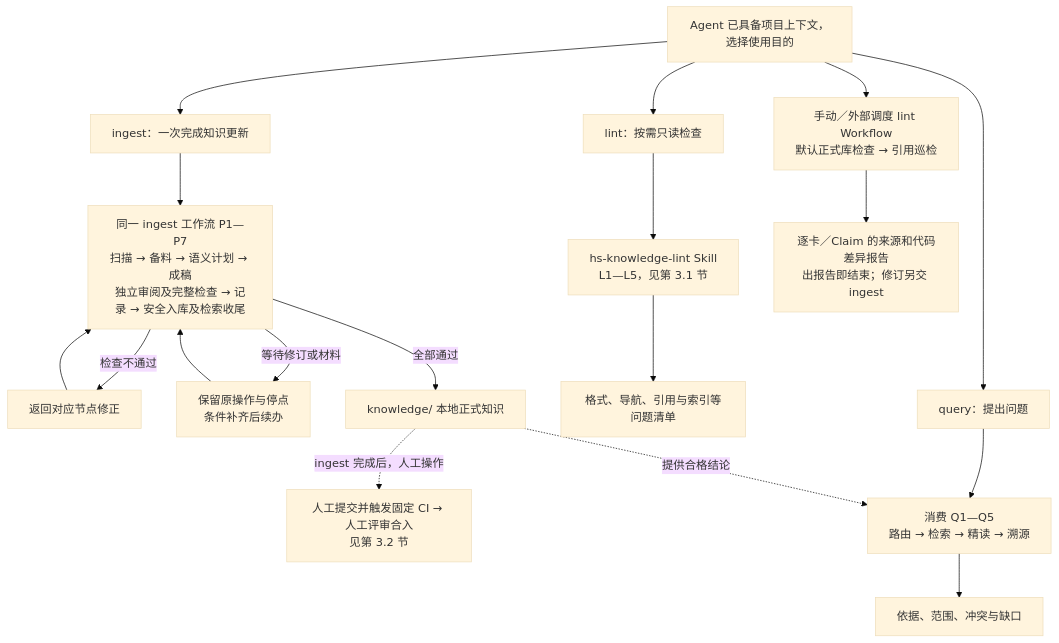
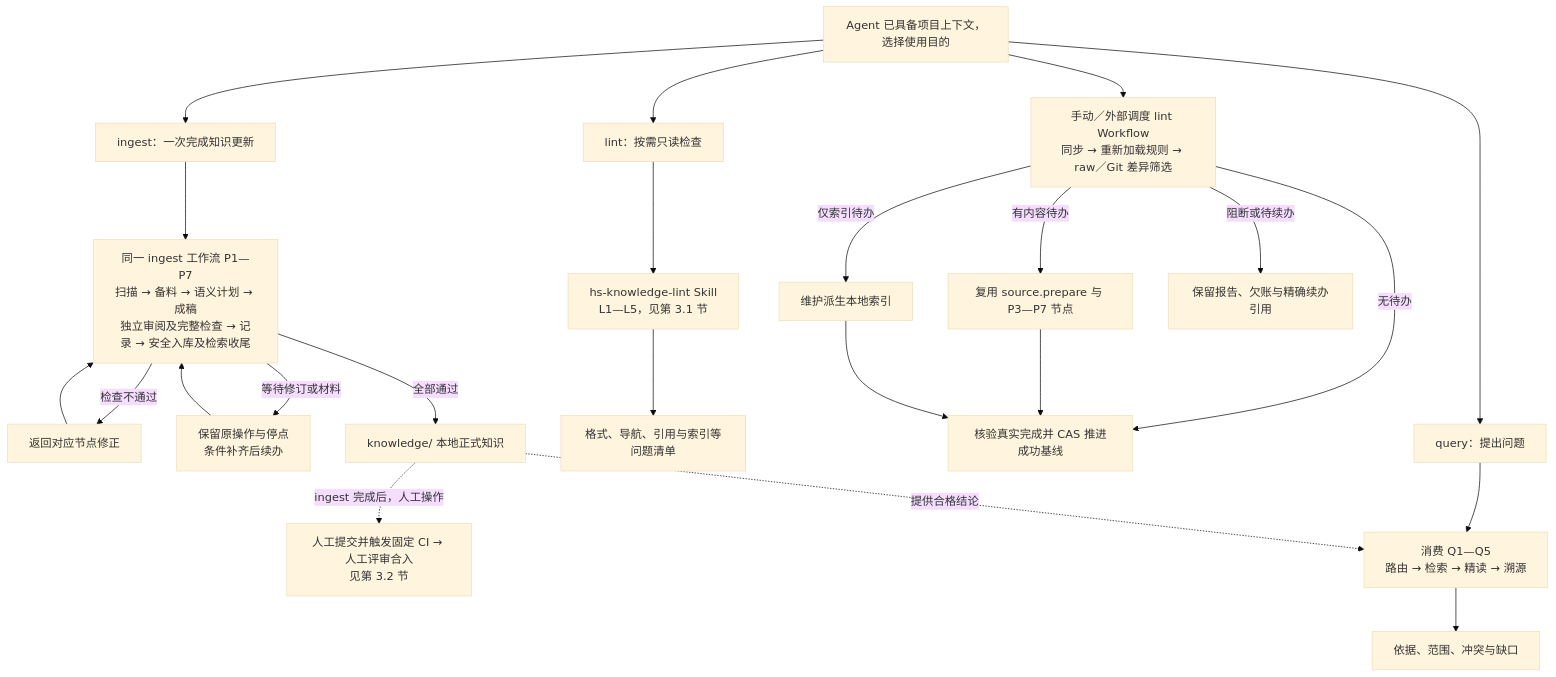
The second of 27 diagrams in himate-knowledge-wifi-mp/docs-llm-wiki/知识库详细设计.md (Robin-hhc/FactumCore), drawn with Mermaid (base theme) before and after one commit. The commit also changed other lines of this file and 38 other files, not shown here.

First line of the commit message:
feat(knowledge): add incremental governance patrol workflow

````diff
--- a/himate-knowledge-wifi-mp/docs-llm-wiki/知识库详细设计.md
+++ b/himate-knowledge-wifi-mp/docs-llm-wiki/知识库详细设计.md
@@ -50,20 +50,25 @@
 ```mermaid
 flowchart TD
     U["Agent 已具备项目上下文，选择使用目的"] --> IN["ingest：一次完成知识更新"]
     IN --> P["同一 ingest 工作流 P1—P7<br/>扫描 → 备料 → 语义计划 → 成稿<br/>独立审阅及完整检查 → 记录 → 安全入库及检索收尾"]
     P -->|"检查不通过"| FIX["返回对应节点修正"]
     FIX --> P
     P -->|"等待修订或材料"| WAIT["保留原操作与停点<br/>条件补齐后续办"]
     WAIT --> P
     P -->|"全部通过"| K["knowledge/ 本地正式知识"]
     K -. "ingest 完成后，人工操作" .-> CI["人工提交并触发固定 CI → 人工评审合入<br/>见第 3.2 节"]
     U --> LI["lint：按需只读检查"]
     LI --> LINT["hs-knowledge-lint Skill<br/>L1—L5，见第 3.1 节"]
     LINT --> REPORT["格式、导航、引用与索引等问题清单"]
-    U --> AUDIT["手动／外部调度 lint Workflow<br/>默认正式库检查 → 引用巡检"]
-    AUDIT --> AUDIT_REPORT["逐卡／Claim 的来源和代码差异报告<br/>出报告即结束；修订另交 ingest"]
+    U --> PATROL["手动／外部调度 lint Workflow<br/>同步 → 重新加载规则 → raw／Git 差异筛选"]
+    PATROL -->|"有内容待办"| PATROL_WORK["复用 source.prepare 与 P3—P7 节点"]
+    PATROL -->|"仅索引待办"| PATROL_INDEX["维护派生本地索引"]
+    PATROL -->|"无待办"| PATROL_DONE["核验真实完成并 CAS 推进成功基线"]
+    PATROL_WORK --> PATROL_DONE
+    PATROL_INDEX --> PATROL_DONE
+    PATROL -->|"阻断或待续办"| PATROL_REPORT["保留报告、欠账与精确续办引用"]
     U --> QU["query：提出问题"]
     QU --> Q["消费 Q1—Q5<br/>路由 → 检索 → 精读 → 溯源"]
     K -. "提供合格结论" .-> Q
     Q --> A["依据、范围、冲突与缺口"]
 ```
````
